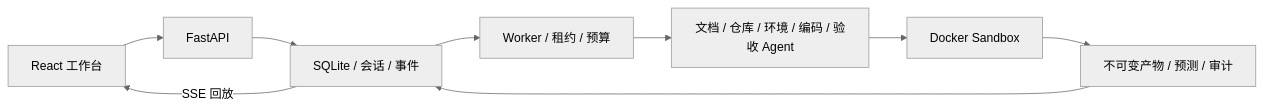
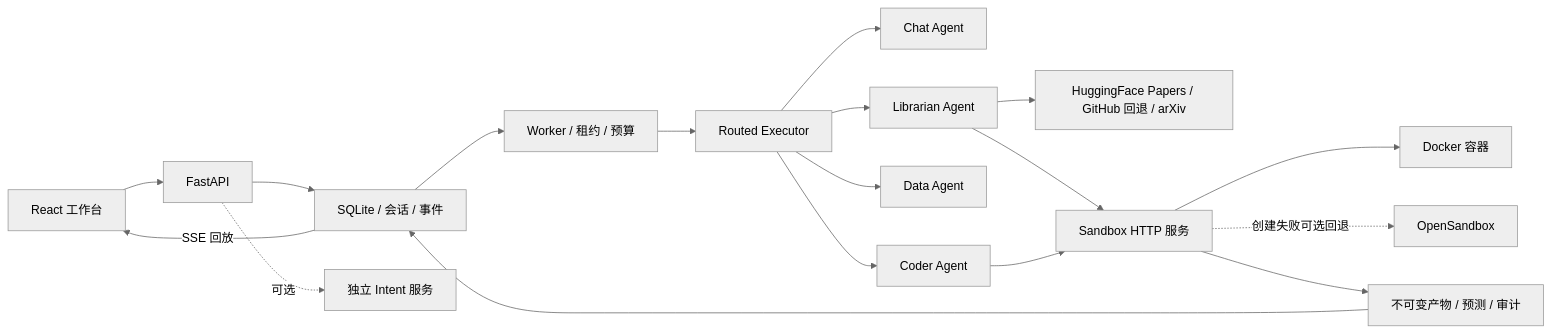
Before and after one commit to lsd-ff/OpenResearch: the diagram in docs/architecture.md, drawn with Mermaid (neutral theme). The commit also changed other lines of this file and 33 other files, not shown here.

Commit message:
feat: collect sandbox output files and display persistent downloadable charts

````diff
--- a/docs/architecture.md
+++ b/docs/architecture.md
@@ -7,11 +7,20 @@
 ```mermaid
 flowchart LR
   UI[React 工作台] --> API[FastAPI]
   API --> DB[SQLite / 会话 / 事件]
   DB --> W[Worker / 租约 / 预算]
-  W --> A[文档 / 仓库 / 环境 / 编码 / 验收 Agent]
-  A --> S[Docker Sandbox]
+  API -. 可选 .-> I[独立 Intent 服务]
+  W --> R[Routed Executor]
+  R --> C[Chat Agent]
+  R --> L[Librarian Agent]
+  R --> D[Data Agent]
+  R --> A[Coder Agent]
+  L --> H[HuggingFace Papers / GitHub 回退 / arXiv]
+  L --> S[Sandbox HTTP 服务]
+  A --> S
+  S --> DK[Docker 容器]
+  S -. 创建失败可选回退 .-> OS[OpenSandbox]
   S --> F[不可变产物 / 预测 / 审计]
   F --> DB
   DB -->|SSE 回放| UI
 ```
````
